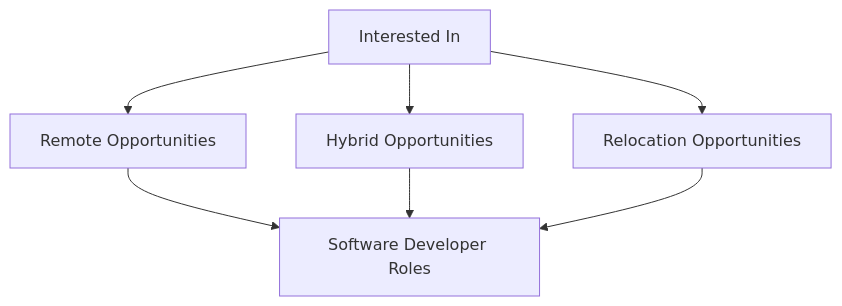
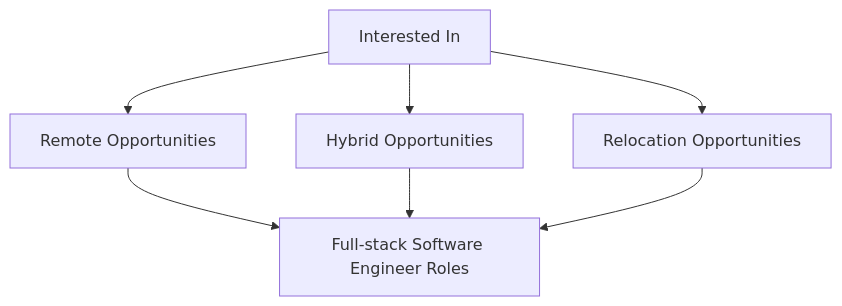
One commit to Danthesage01/Danthesage01 changed the diagram in README.md. Above: the diagram before and after it, drawn with Mermaid.

````diff
--- a/README.md
+++ b/README.md
@@ -39,9 +39,9 @@
 ```mermaid
  graph TD;
    A[Interested In]-->B[Remote Opportunities];
    A[Interested In]-->C[Hybrid Opportunities];
    A[Interested In]-->D[Relocation Opportunities];
-   B[Remote Opportunities]-->E[Software Developer Roles];
-   C[Hybrid Opportunities]-->E[Software Developer Roles];
-   D[Relocation Opportunities]-->E[Software Developer Roles];
+   B[Remote Opportunities]-->E[Full-stack Software Engineer Roles];
+   C[Hybrid Opportunities]-->E[Full-stack Software Engineer Roles];
+   D[Relocation Opportunities]-->E[Full-stack Software Engineer Roles];
 ```
````
